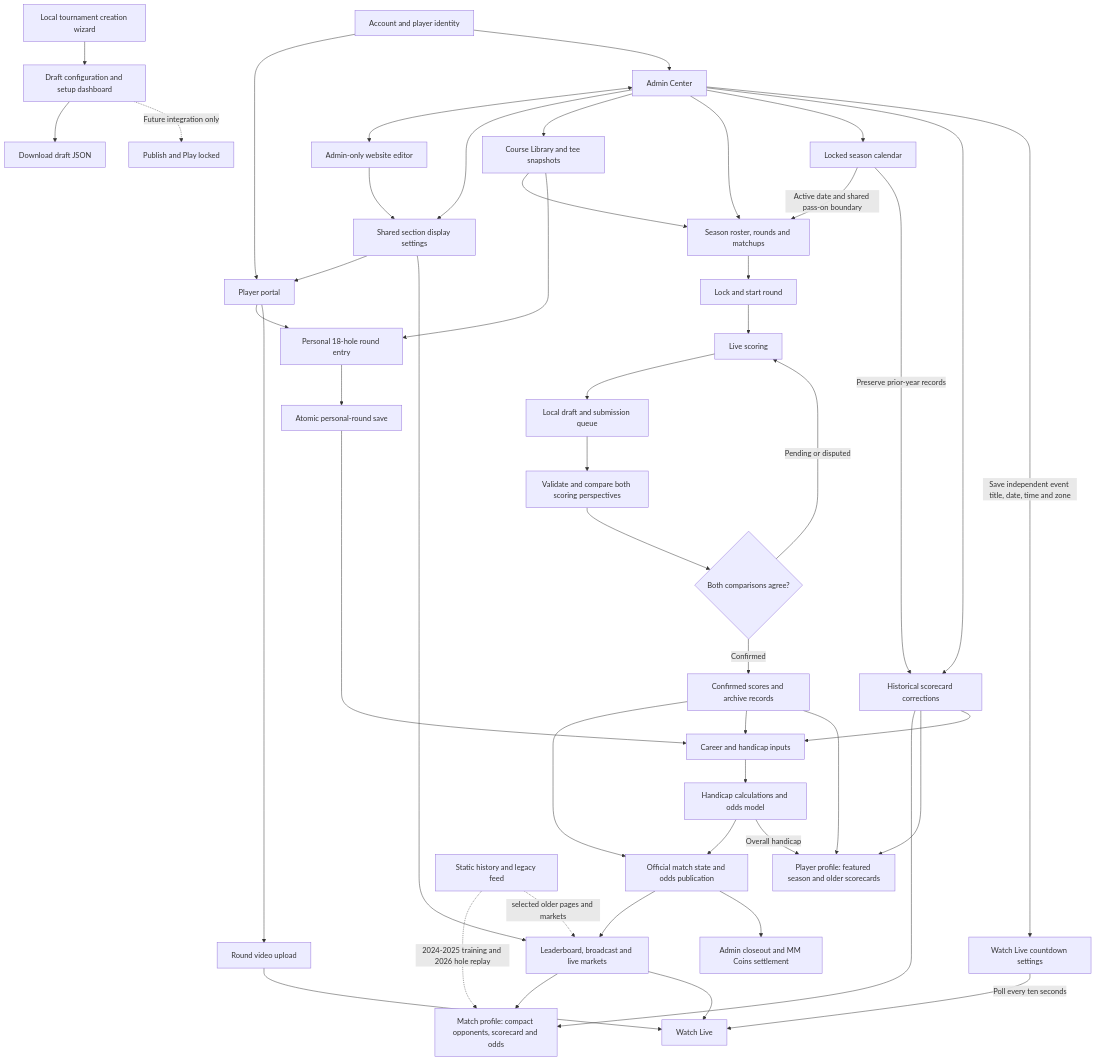
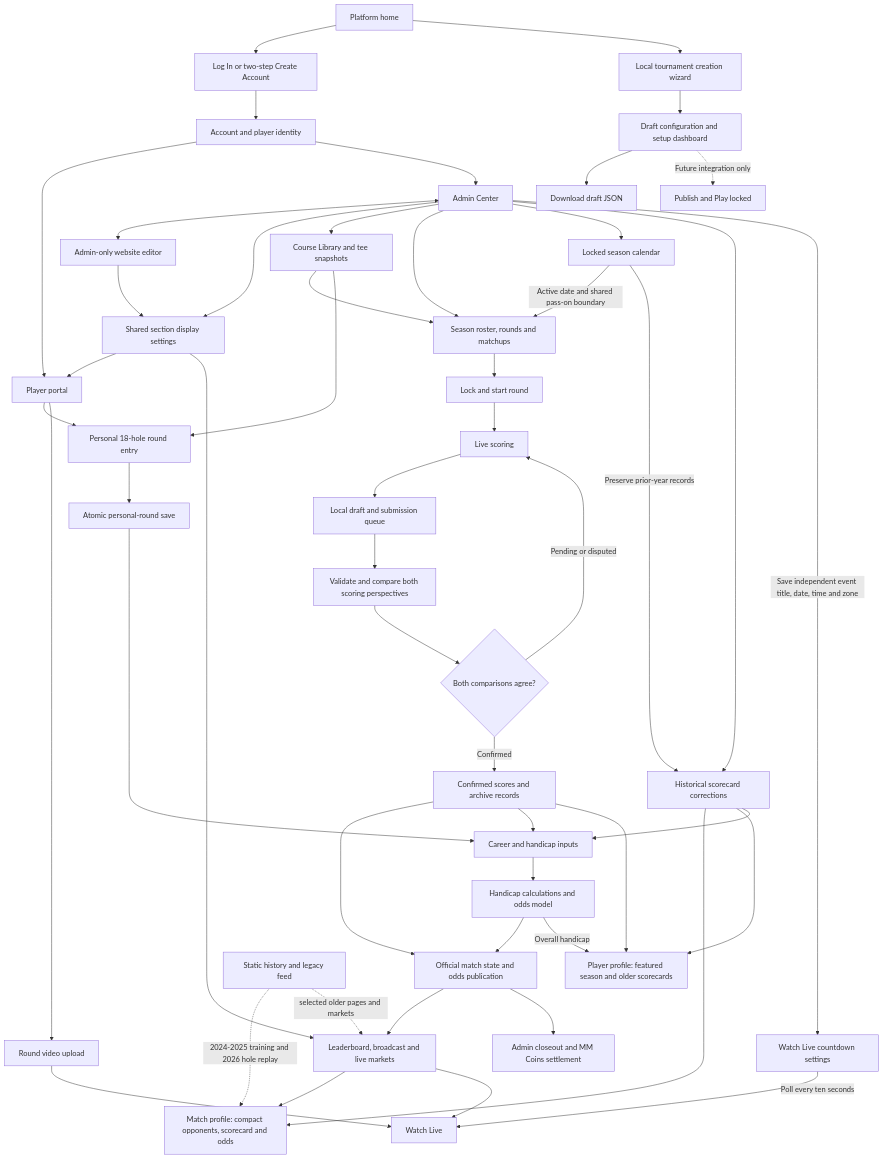
The diagram in docs/app-workflow.md (cadebarone00/MM-Website), drawn with Mermaid before and after one commit. The commit also changed other lines of this file and 17 other files, not shown here.

````diff
--- a/docs/app-workflow.md
+++ b/docs/app-workflow.md
@@ -9,11 +9,13 @@
 ```mermaid
 flowchart TD
   %% Operator recovery tooling only: REST row exports; optional explicit pg_dump to local dump/manifest; isolated restore drill documented. No provider monitoring, PITR activation or application integration.
-  %% Login fields and submit use transparent maroon-backed boxes, gold outlines and white Spectral text; Sign Up is a standalone left-aligned link.
-  %% Log In and Sign Up use Main Page navigation, a narrow gold-bordered maroon form on the left and a desktop-only Mission Hills photo; mobile fills the screen below navigation.
+  %% Platform home uses centered brand/menu/account navigation, Log In, Create/Join actions and editorial feed links. Mobile authentication and tournament activity remain unavailable.
+  PH[Platform home] --> AU[Log In or two-step Create Account]
+  PH --> DW
+  AU --> A
   %% Public tournament site kit is fixture-only; local HTML preview in out/tournament-site-preview, no /t route or live data connection.
   %% Contact page email links and prefilled drafts address themaroonadmin@gmail.com.
-  %% Main Page (formerly Journal home): hero then maroon Your Tournament. Your Way. section; Create Tournament opens /tournaments/new, My Tournaments is a disabled coming-soon placeholder. Header Contact Us opens /contact reference-based email form and Sign In opens /login.
+  %% Join Tournament explains the commissioner-link requirement; it does not enroll a player.
   DW[Local tournament creation wizard] --> DD[Draft configuration and setup dashboard]
   DD --> DJ[Download draft JSON]
   DD -. Future integration only .-> DP[Publish and Play locked]
@@ -22,7 +24,7 @@
   %% Home Highlights follows the Home display year: curated 2026 archive results with match links; unpopulated years are blank and do not inherit 2026 entries.
   %% Tournament home hero uses a neutral black readability gradient over desktop video and mobile photo.
   %% Browser tabs use a single dark-maroon M with a thin muted metallic-gold outline on transparent alpha through favicon.ico (16/32/48px) and icon.png (64px), shared by tournament and journal routes.
-  %% Public entry: / opens the Journal; Tournament site opens /website; tournament Home stays in /website.
+  %% Public entry: / opens the platform home; editorial stays at /the-maroon; founding tournament Home stays at /website.
   %% The Maroon routes replace tournament chrome with their own maroon header and tournament-site link to /website; a shallow shared photo hero holds schedule-style Home/category navigation.
   %% More places The Maroon photo home link below social links, followed by Courses, Equipment, Teaching and News; public journal pages use existing course/history links and explicit unpublished-section placeholders.
   %% Active follows handoff; the next year becomes Upcoming the day after the active event end date in its time zone; later years are Future. Event countdown follows Upcoming Session 1 / Match 1 saved date and time, independent of home display settings or setup locks.
````
